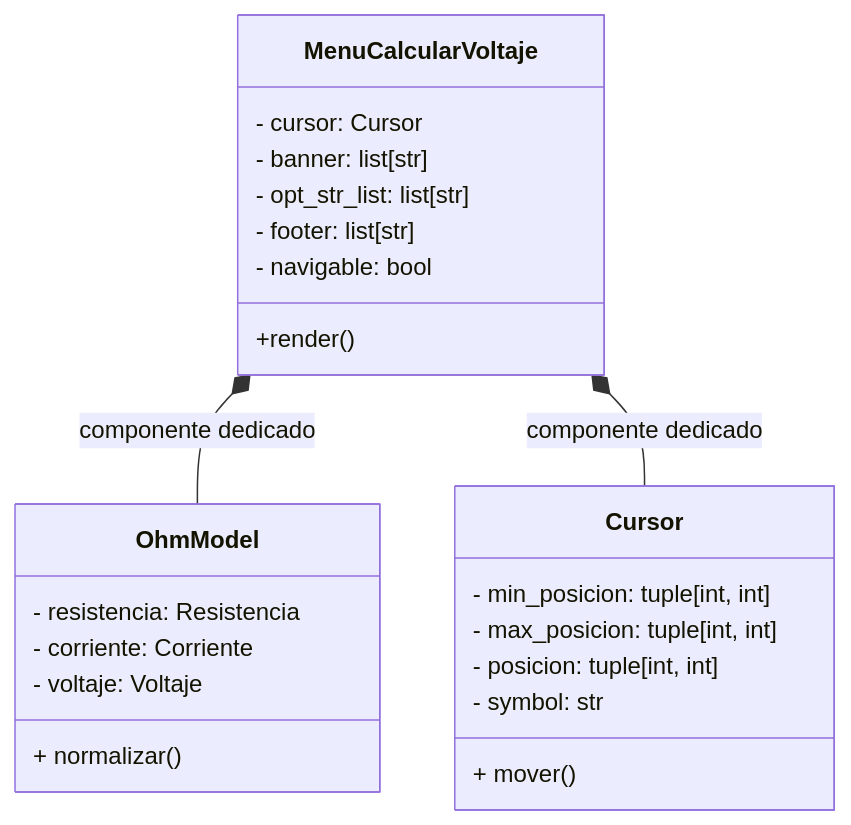
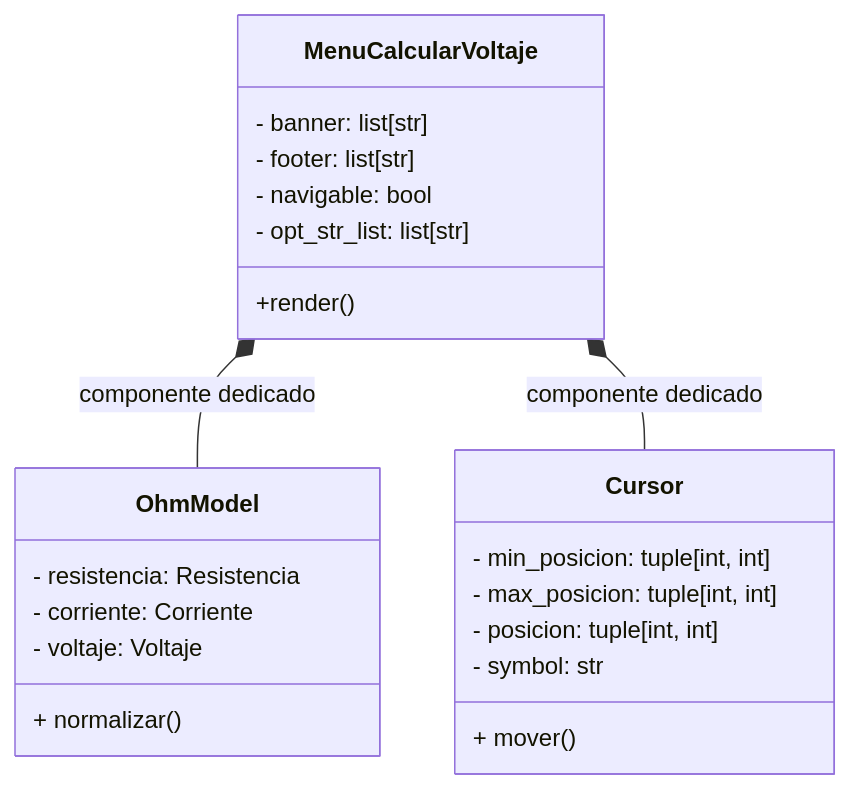
Before and after one commit to MarcosBernardC/ohm-tui: the sixth of 7 diagrams in README.md, drawn with Mermaid. The commit also changed other lines of this file, not shown here.

````diff
--- a/README.md
+++ b/README.md
@@ -312,26 +299,25 @@
 ```mermaid
 classDiagram
 class MenuCalcularVoltaje{
-    - cursor: Cursor
     - banner: list[str]
-    - opt_str_list: list[str]
     - footer: list[str]
     - navigable: bool
+    - opt_str_list: list[str]
     +render()
 }
 class OhmModel{
     - resistencia: Resistencia
     - corriente: Corriente
     - voltaje: Voltaje
     + normalizar()
 }
 MenuCalcularVoltaje *-- OhmModel  : componente dedicado
 class Cursor {
     - min_posicion: tuple[int, int]
     - max_posicion: tuple[int, int]
     - posicion: tuple[int, int]
     - symbol: str
     + mover()
 }
 MenuCalcularVoltaje *-- Cursor : componente dedicado
 ```
````
